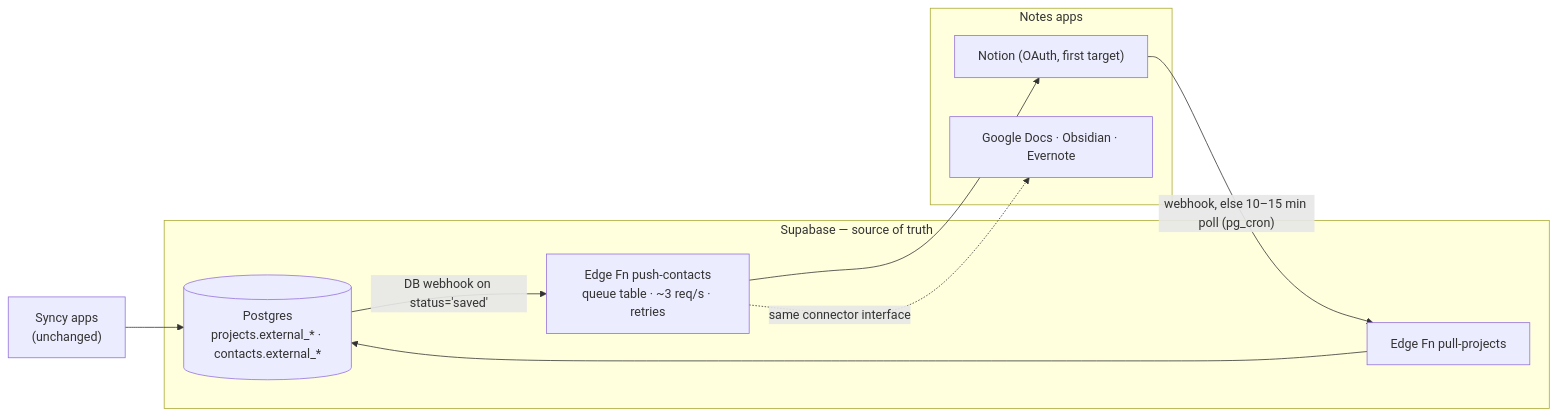
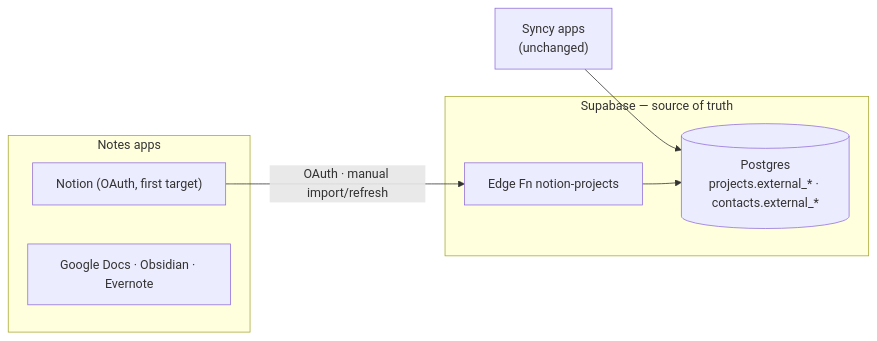
The third of 3 diagrams in docs/ARCHITECTURE.md (NodrrS/bcbt_hackathon), drawn with Mermaid before and after one commit. The commit also changed other lines of this file and 9 other files, not shown here.

First line of the commit message:
feat: Implement Notion project import functionality

````diff
--- a/docs/ARCHITECTURE.md
+++ b/docs/ARCHITECTURE.md
@@ -65,16 +65,13 @@
 ```mermaid
 flowchart LR
   apps["Syncy apps<br/>(unchanged)"] --> pg
   subgraph supa["Supabase — source of truth"]
     pg[("Postgres<br/>projects.external_* · contacts.external_*")]
-    pull["Edge Fn pull-projects"]
-    push["Edge Fn push-contacts<br/>queue table · ~3 req/s · retries"]
+    pull["Edge Fn notion-projects"]
   end
   subgraph notes["Notes apps"]
     notion["Notion (OAuth, first target)"]
     other["Google Docs · Obsidian · Evernote"]
   end
-  notion -- "webhook, else 10–15 min poll (pg_cron)" --> pull --> pg
-  pg -- "DB webhook on status='saved'" --> push --> notion
-  push -. same connector interface .-> other
+  notion -- "OAuth · manual import/refresh" --> pull --> pg
 ```
````
